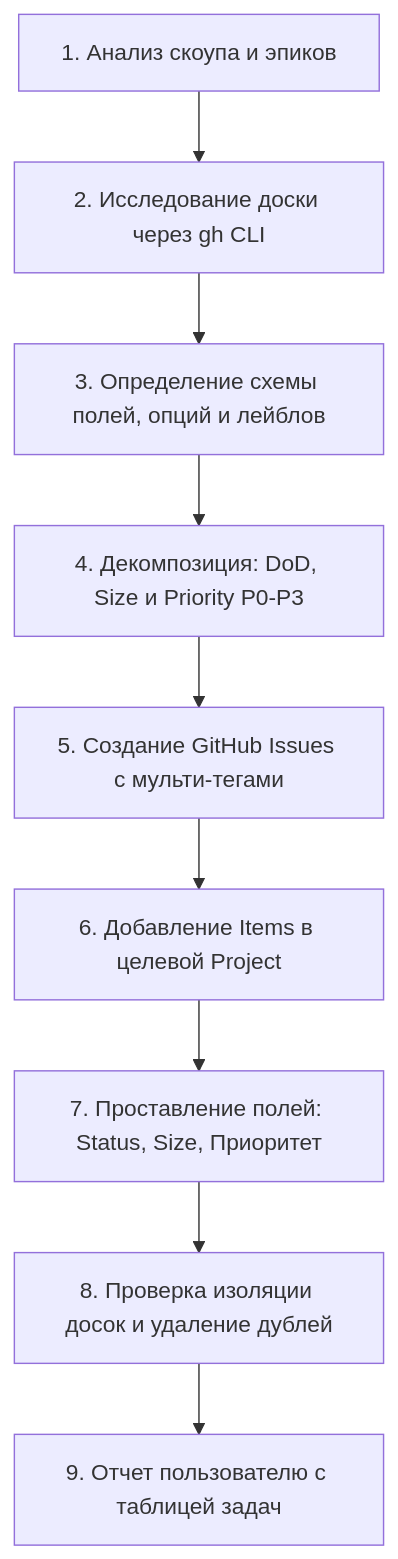
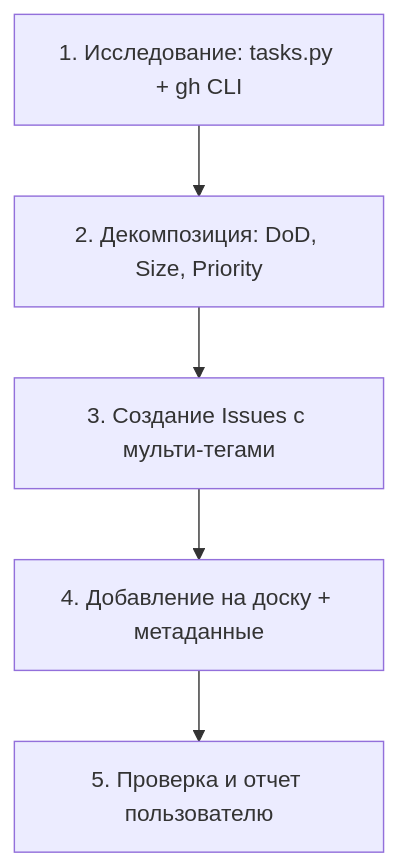
The diagram in .agents/skills/github-projects-workflow/GIT-PROJ_SKILL.md (teamv39/archon), drawn with Mermaid before and after one commit. The commit also changed other lines of this file and 7 other files, not shown here.

Commit message:
ARCH-35: RFC гибридного анализа репозитория и поддержка multi-project в tasks.py

````diff
--- a/.agents/skills/github-projects-workflow/GIT-PROJ_SKILL.md
+++ b/.agents/skills/github-projects-workflow/GIT-PROJ_SKILL.md
@@ -42,11 +42,7 @@
 ```mermaid
 flowchart TD
-    A[1. Анализ скоупа и эпиков] --> B[2. Исследование доски через gh CLI]
-    B --> C[3. Определение схемы полей, опций и лейблов]
-    C --> D[4. Декомпозиция: DoD, Size и Priority P0-P3]
-    D --> E[5. Создание GitHub Issues с мульти-тегами]
-    E --> F[6. Добавление Items в целевой Project]
-    F --> G[7. Проставление полей: Status, Size, Приоритет]
-    G --> H[8. Проверка изоляции досок и удаление дублей]
-    H --> I[9. Отчет пользователю с таблицей задач]
+    A[1. Исследование: tasks.py + gh CLI] --> B[2. Декомпозиция: DoD, Size, Priority]
+    B --> C[3. Создание Issues с мульти-тегами]
+    C --> D[4. Добавление на доску + метаданные]
+    D --> E[5. Проверка и отчет пользователю]
 ```
````
